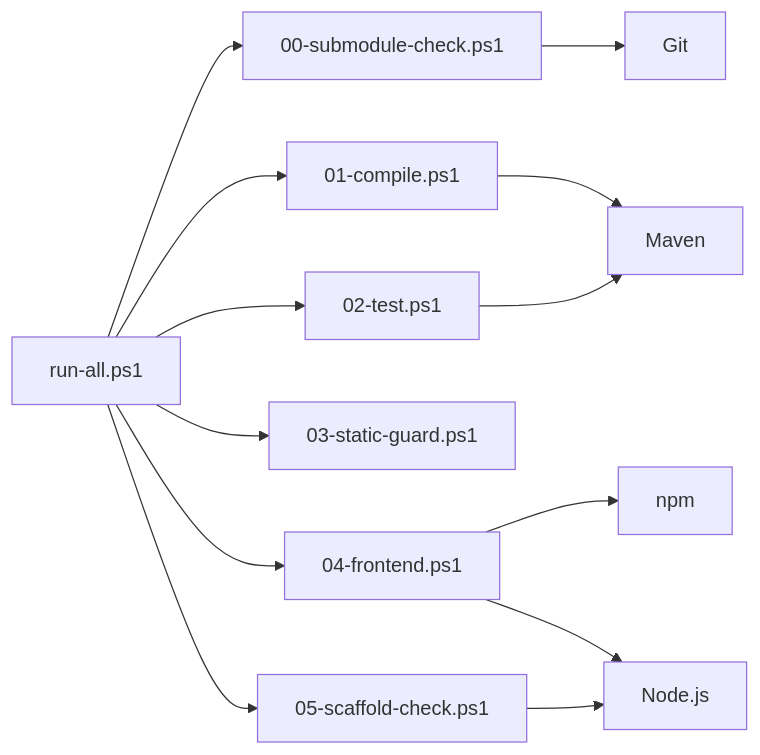
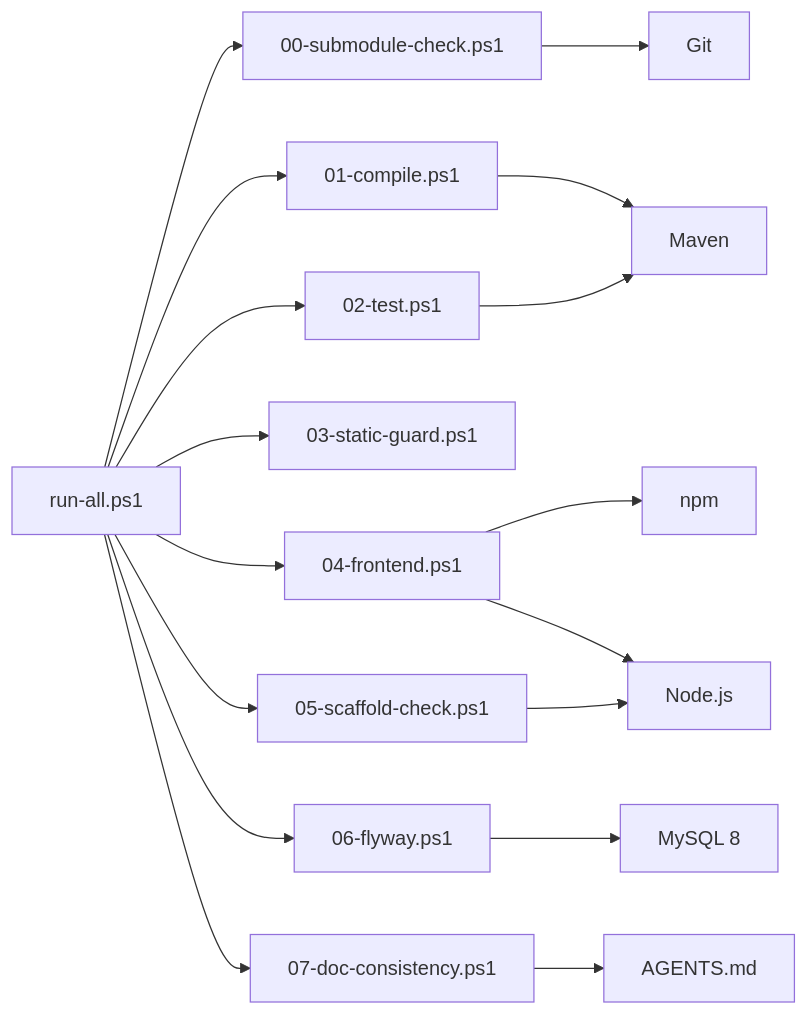
Diagram 11 of 11 in .qoder/repowiki/zh/content/自动化验证/自动化验证.md (luyitiger6/my-first-project), drawn with Mermaid before and after one commit. The commit also changed other lines of this file and 35 other files, not shown here.

````diff
--- a/.qoder/repowiki/zh/content/自动化验证/自动化验证.md
+++ b/.qoder/repowiki/zh/content/自动化验证/自动化验证.md
@@ -392,15 +510,19 @@
 ```mermaid
 graph LR
 RunAll["run-all.ps1"] --> Submodule["00-submodule-check.ps1"]
 RunAll --> Compile["01-compile.ps1"]
 RunAll --> TestGate["02-test.ps1"]
 RunAll --> StaticGuard["03-static-guard.ps1"]
 RunAll --> Frontend["04-frontend.ps1"]
 RunAll --> Scaffold["05-scaffold-check.ps1"]
+RunAll --> Flyway["06-flyway.ps1"]
+RunAll --> DocConsistency["07-doc-consistency.ps1"]
 Compile --> Maven["Maven"]
 TestGate --> Maven
 Frontend --> Npm["npm"]
 Frontend --> Node["Node.js"]
 Scaffold --> Node
 Submodule --> Git["Git"]
+Flyway --> MySQL["MySQL 8"]
+DocConsistency --> AGENTS["AGENTS.md"]
 ```
````
